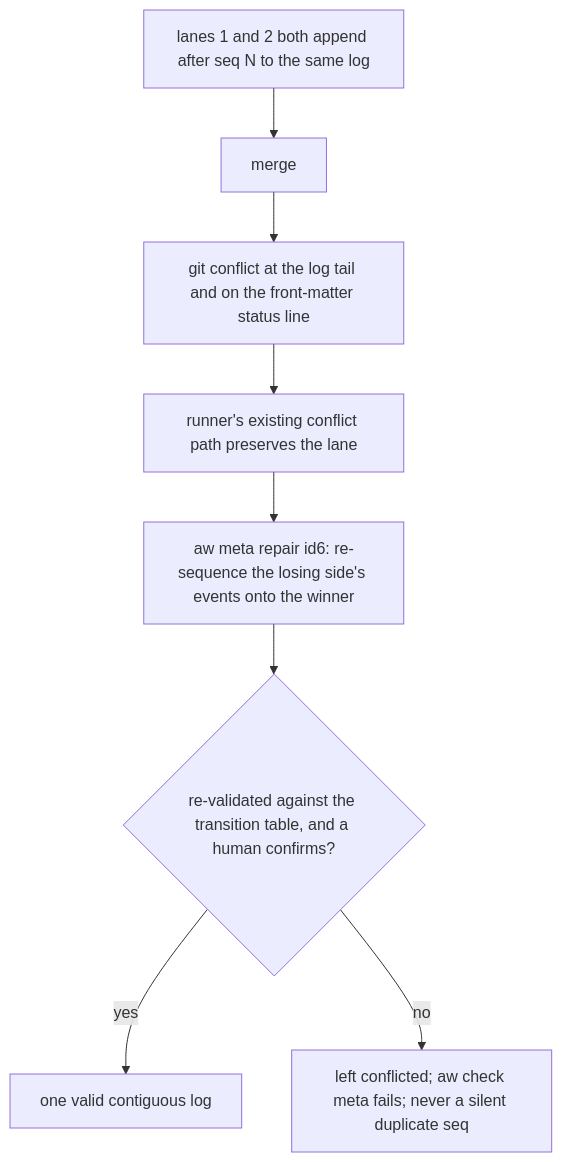
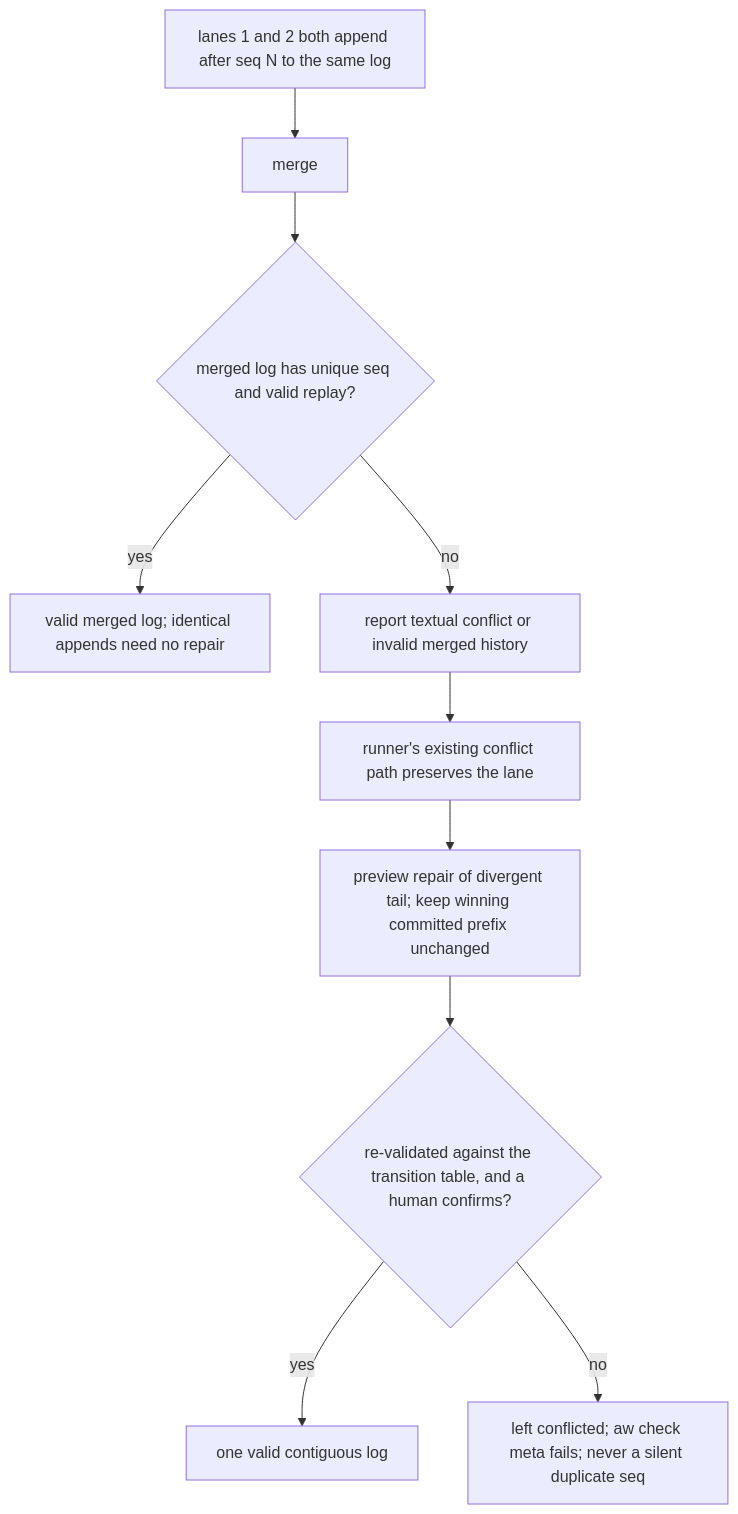
One commit to fariello/agent-workflows changed the seventh of 10 diagrams in .aw/records/specs/reviewed/20260925-metastore-01-4sd62s-artifact-metadata-store.spec.md. Above: the diagram before and after it, drawn with Mermaid. The commit also changed other lines of this file and 1 other file, not shown here.

````diff
--- a/.aw/records/specs/reviewed/20260925-metastore-01-4sd62s-artifact-metadata-store.spec.md
+++ b/.aw/records/specs/reviewed/20260925-metastore-01-4sd62s-artifact-metadata-store.spec.md
@@ -1395,10 +1500,12 @@
 ```mermaid
 flowchart TD
     A["lanes 1 and 2 both append after seq N to the same log"] --> B["merge"]
-    B --> C["git conflict at the log tail and on the front-matter status line"]
+    B --> V{"merged log has unique seq and valid replay?"}
+    V -- yes --> OK["valid merged log; identical appends need no repair"]
+    V -- no --> C["report textual conflict or invalid merged history"]
     C --> D["runner's existing conflict path preserves the lane"]
-    D --> E["aw meta repair id6: re-sequence the losing side's events onto the winner"]
+    D --> E["preview repair of divergent tail; keep winning committed prefix unchanged"]
     E --> F{"re-validated against the transition table, and a human confirms?"}
     F -- yes --> G["one valid contiguous log"]
     F -- no --> H["left conflicted; aw check meta fails; never a silent duplicate seq"]
 ```
````
